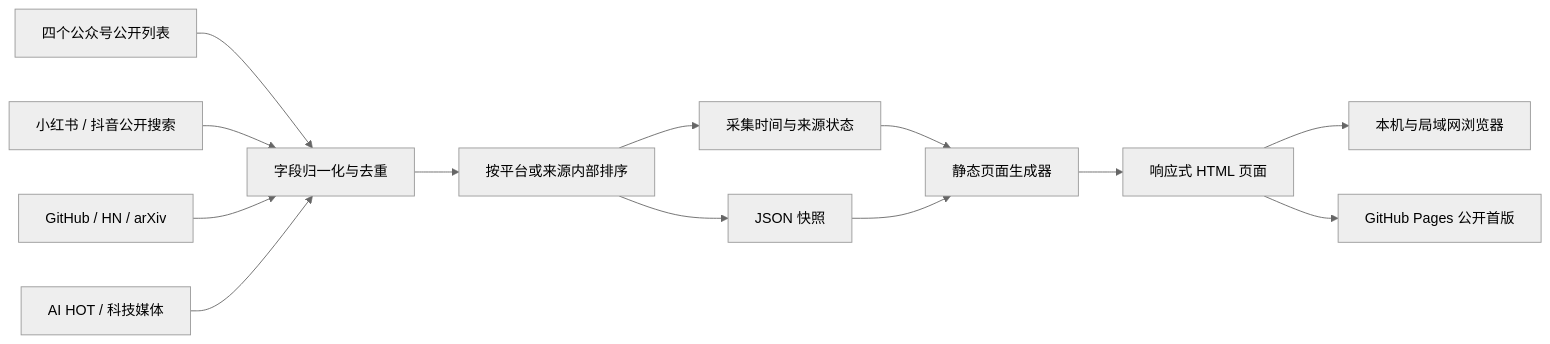
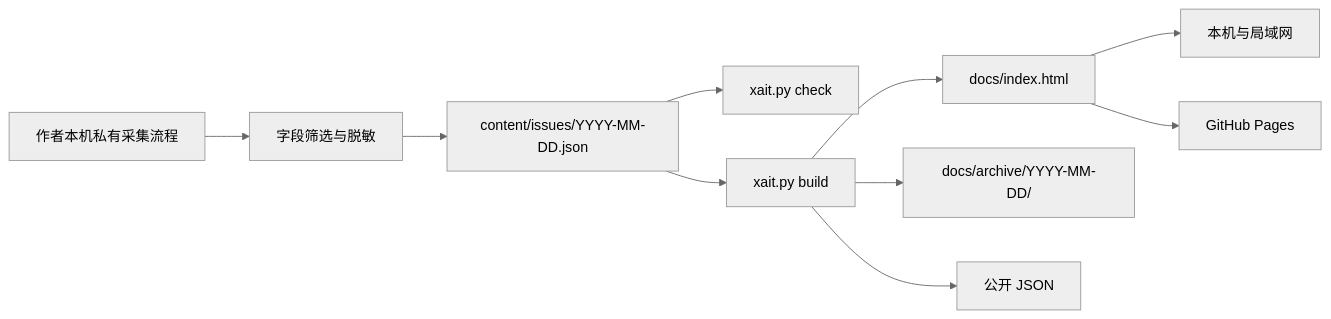
Before and after one commit to nicoleyang959/xait-today: the diagram in README.md, drawn with Mermaid (neutral theme). The commit also changed other lines of this file and 33 other files, not shown here.

````diff
--- a/README.md
+++ b/README.md
@@ -185,17 +179,15 @@
 ```mermaid
 flowchart LR
-    wechat["四个公众号公开列表"] --> normalize["字段归一化与去重"]
-    social["小红书 / 抖音公开搜索"] --> normalize
-    community["GitHub / HN / arXiv"] --> normalize
-    media["AI HOT / 科技媒体"] --> normalize
+    private["作者本机私有采集流程"] --> sanitize["字段筛选与脱敏"]
+    sanitize --> issue["content/issues/YYYY-MM-DD.json"]
 
-    normalize --> rank["按平台或来源内部排序"]
-    rank --> status["采集时间与来源状态"]
-    rank --> snapshots["JSON 快照"]
-    status --> build["静态页面生成器"]
-    snapshots --> build
+    issue --> check["xait.py check"]
+    issue --> build["xait.py build"]
 
-    build --> html["响应式 HTML 页面"]
-    html --> local["本机与局域网浏览器"]
-    html --> pages["GitHub Pages 公开首版"]
+    build --> latest["docs/index.html"]
+    build --> archive["docs/archive/YYYY-MM-DD/"]
+    build --> publicjson["公开 JSON"]
+
+    latest --> local["本机与局域网"]
+    latest --> pages["GitHub Pages"]
 ```
````
